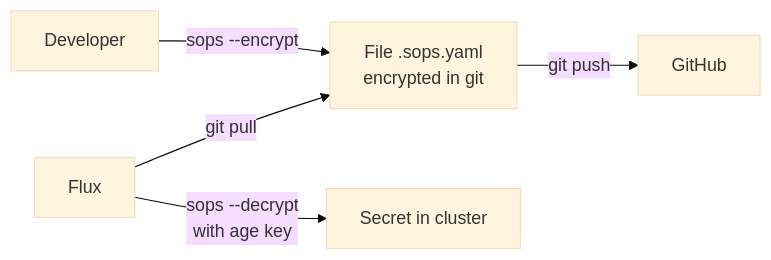
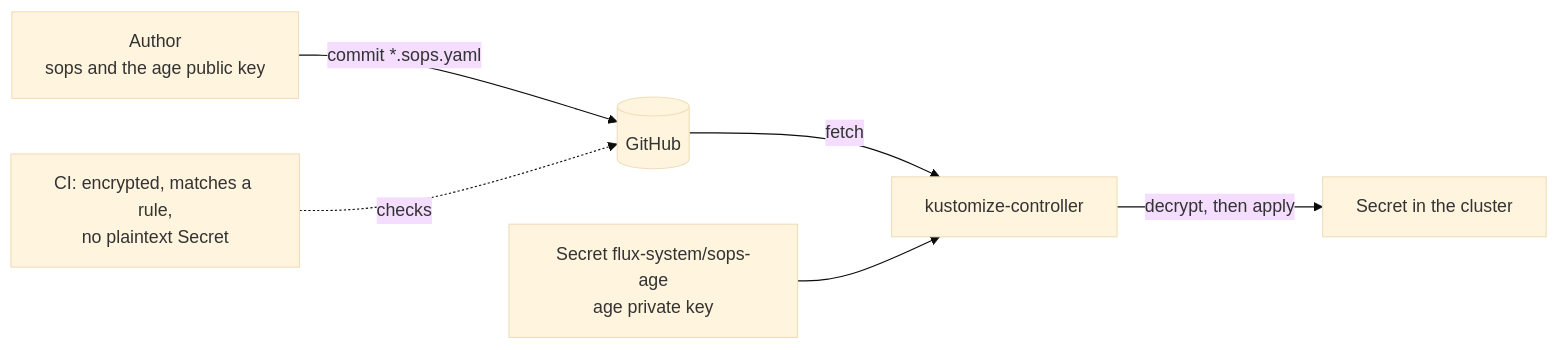
The diagram in docs/security.en.md (lucaam/k8s-iannamo), drawn with Mermaid (base theme) before and after one commit. The commit also changed other lines of this file and 33 other files, not shown here.

````diff
--- a/docs/security.en.md
+++ b/docs/security.en.md
@@ -9,7 +5,8 @@
 ```mermaid
-graph LR
-    Dev[Developer] -->|sops --encrypt| Encrypted[File .sops.yaml<br/>encrypted in git]
-    Encrypted -->|git push| GitHub
-    Flux -->|git pull| Encrypted
-    Flux -->|sops --decrypt<br/>with age key| K8s[Secret in cluster]
+flowchart LR
+    author["Author<br/>sops and the age public key"] -->|"commit *.sops.yaml"| git[("GitHub")]
+    ci["CI: encrypted, matches a rule,<br/>no plaintext Secret"] -.->|checks| git
+    git -->|fetch| kc["kustomize-controller"]
+    key["Secret flux-system/sops-age<br/>age private key"] --> kc
+    kc -->|"decrypt, then apply"| secret["Secret in the cluster"]
 ```
````
